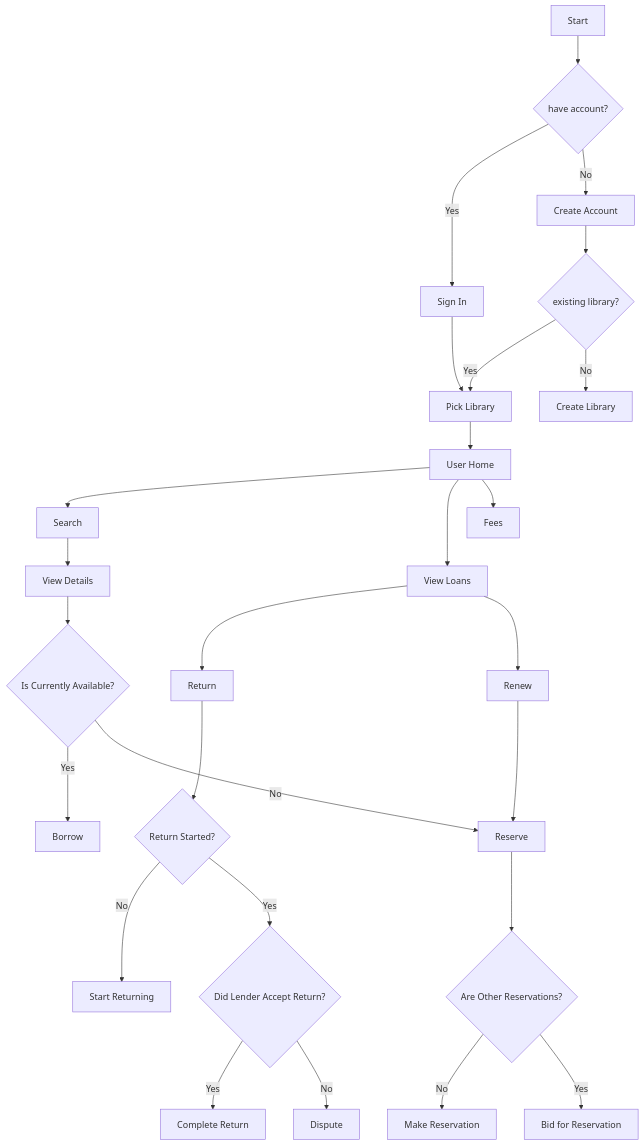
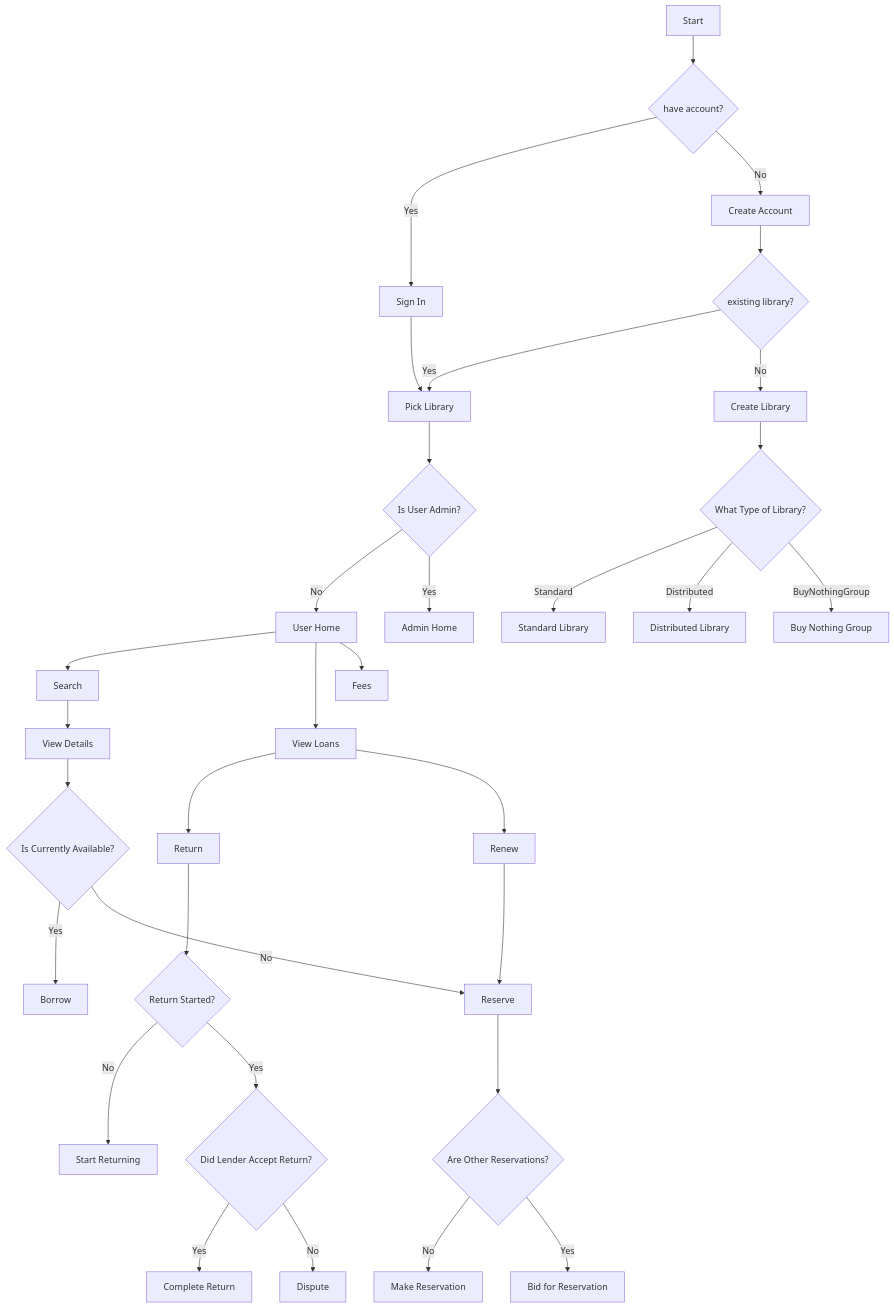
The diagram in README.md (Means-Of-Production/webclient), drawn with Mermaid before and after one commit. The commit also changed 1 other file, not shown here.

Commit message:
Update license to GNU

````diff
--- a/README.md
+++ b/README.md
@@ -3,34 +3,42 @@
 ```mermaid
 flowchart TD
     start[Start] --> haveAccount{have account?}
     haveAccount -- Yes --> signin[Sign In]
     haveAccount -- No --> create[Create Account]
     
     create --> existingLibrary{existing library?}
     existingLibrary -- Yes --> pickLibrary
     existingLibrary -- No --> createLibrary[Create Library]
     
     signin --> pickLibrary[Pick Library]
-    pickLibrary --> userHome[User Home]
+    pickLibrary --> isUserAdmin{Is User Admin?}
+    isUserAdmin -- No --> userHome[User Home]
+    isUserAdmin -- Yes --> adminHome[Admin Home]
     userHome --> search[Search]
     userHome --> viewLoans[View Loans]
     userHome --> fees[Fees]
     viewLoans --> return[Return]
     
     return --> isReturnStarted{Return Started?}
     isReturnStarted -- No --> startReturning[Start Returning]
     isReturnStarted -- Yes --> didLenderAcceptReturn{Did Lender Accept Return?}
     didLenderAcceptReturn -- Yes --> completeReturn[Complete Return]
     didLenderAcceptReturn -- No --> dispute[Dispute]
     viewLoans --> renew[Renew]
     
     search --> viewDetails[View Details]
     viewDetails --> isCurrentlyAvaialble{Is Currently Available?}
     isCurrentlyAvaialble -- Yes --> borrow[Borrow]
     isCurrentlyAvaialble -- No --> reserve[Reserve]
     reserve --> areOtherReservations{Are Other Reservations?}
     areOtherReservations -- No --> makeReservation[Make Reservation]
     areOtherReservations -- Yes --> bidForReservation[Bid for Reservation]
     
     renew --> reserve
+    
+    createLibrary --> whatTypeOfLibrary{What Type of Library?}
+    whatTypeOfLibrary -- Standard --> standardLibrary[Standard Library]
+    whatTypeOfLibrary -- Distributed --> distributedLibrary[Distributed Library]
+    whatTypeOfLibrary -- BuyNothingGroup --> buyNothingGroup[Buy Nothing Group]
+    
 ```
````
